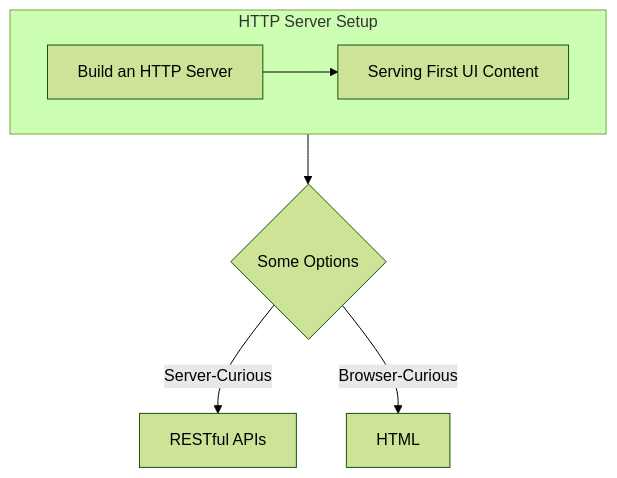
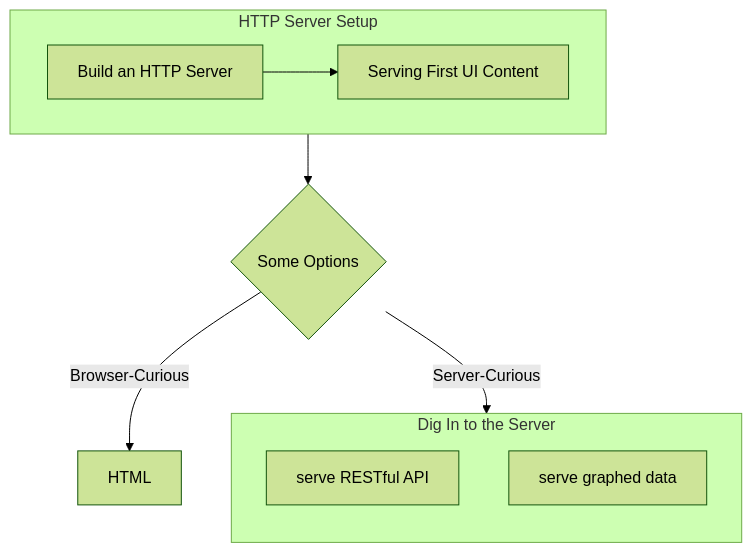
Before and after one commit to imagineLife/big-site: the diagram in content/a-web-first-path.md, drawn with Mermaid (forest theme).

Commit message:
grouping server content

````diff
--- a/content/a-web-first-path.md
+++ b/content/a-web-first-path.md
@@ -51,13 +51,28 @@
 ```mermaid
   flowchart TB
+
+%%  HTTP server sub-graph
+%% nodes SG1, A, B
     subgraph SG1[HTTP Server Setup]
       direction LR
       A[Build an HTTP Server] --> B[Serving First UI Content];
     end;
 
-    SG1 --> D{Some Options};
+%% HTTP sub-graph to options
+%% nodes C
+    SG1 --> C{Some Options};
 
-    D --> |Server-Curious| E[RESTful APIs];
-    D --> |Browser-Curious| F[HTML];
+%% Server-Curious SubGraph
+%% nodes SG2, D, E
+    subgraph SG2[Dig In to the Server]
+      direction TB
+
+      D[serve RESTful API];
+      E[serve graphed data]
+    end;
+
+
+    C --> |Server-Curious| SG2[RESTful APIs];
+    C --> |Browser-Curious| F[HTML];
 
 ```
````
